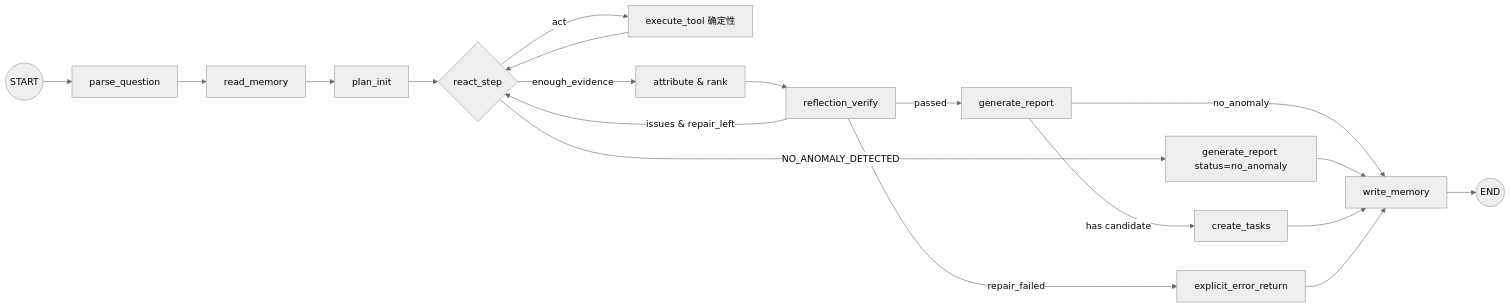
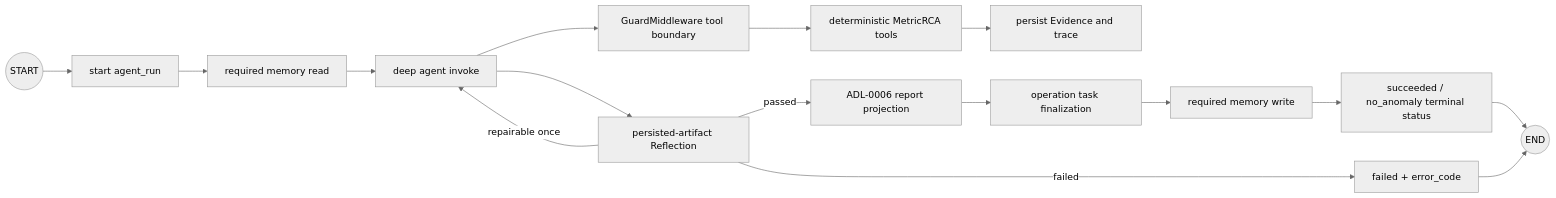
The second of 3 diagrams in docs/MetricRCA.md (WOTMCCR/MetricRCA), drawn with Mermaid (neutral theme) before and after one commit. The commit also changed other lines of this file and 8 other files, not shown here.

````diff
--- a/docs/MetricRCA.md
+++ b/docs/MetricRCA.md
@@ -299,21 +300,18 @@
 ```mermaid
 flowchart LR
-  START((START)) --> parse[parse_question]
-  parse --> mem_r[read_memory]
-  mem_r --> plan[plan_init]
-  plan --> react{react_step}
-  react -->|act| tool[execute_tool 确定性]
-  tool --> react
-  react -->|enough_evidence| attez[attribute & rank]
-  react -->|NO_ANOMALY_DETECTED| noanom[generate_report status=no_anomaly]
-  attez --> refl[reflection_verify]
-  refl -->|issues & repair_left| react
-  refl -->|passed| report[generate_report]
-  refl -->|repair_failed| failret[explicit_error_return]
-  report -->|has candidate| task[create_tasks]
-  report -->|no_anomaly| mem_w[write_memory]
-  noanom --> mem_w
-  task --> mem_w[write_memory]
-  mem_w --> END((END))
-  failret --> mem_w
+  START((START)) --> start_run[start agent_run]
+  start_run --> memory[required memory read]
+  memory --> agent[deep agent invoke]
+  agent --> guard[GuardMiddleware tool boundary]
+  guard --> tools[deterministic MetricRCA tools]
+  tools --> evidence[persist Evidence and trace]
+  agent --> reflect[persisted-artifact Reflection]
+  reflect -->|repairable once| agent
+  reflect -->|passed| project[ADL-0006 report projection]
+  reflect -->|failed| fail[failed + error_code]
+  project --> tasks[operation task finalization]
+  tasks --> mem_w[required memory write]
+  mem_w --> finish[succeeded / no_anomaly terminal status]
+  finish --> END((END))
+  fail --> END
 ```
````
